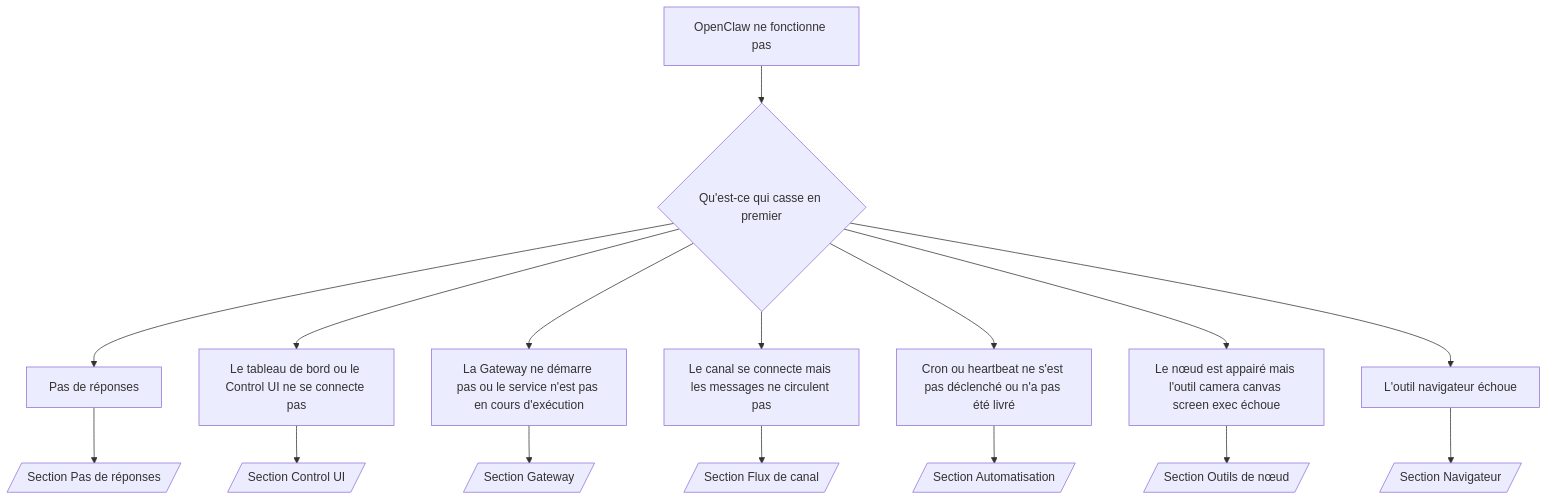
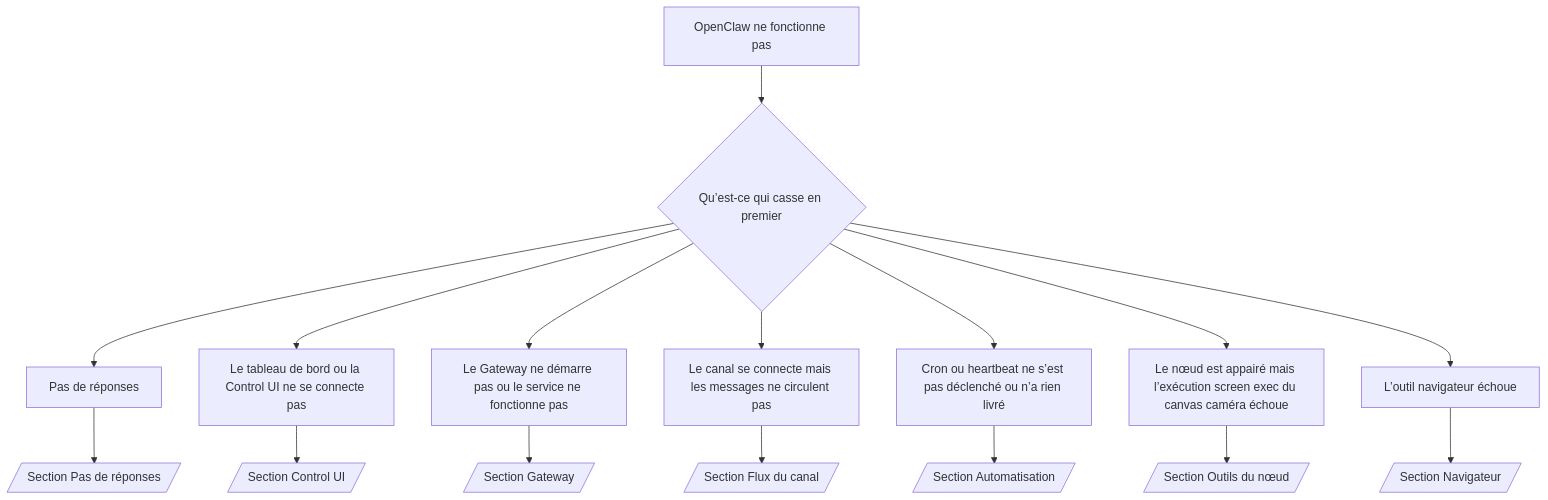
Before and after one commit to Ghadi-DMS/docs-mySpace: the diagram in docs/fr/help/troubleshooting.md, drawn with Mermaid. The commit also changed other lines of this file and 28 other files, not shown here.

````diff
--- a/docs/fr/help/troubleshooting.md
+++ b/docs/fr/help/troubleshooting.md
@@ -90,19 +90,19 @@
 ```mermaid
 flowchart TD
-  A[OpenClaw ne fonctionne pas] --> B{Qu'est-ce qui casse en premier}
+  A[OpenClaw ne fonctionne pas] --> B{Qu’est-ce qui casse en premier}
   B --> C[Pas de réponses]
-  B --> D[Le tableau de bord ou le Control UI ne se connecte pas]
-  B --> E[La Gateway ne démarre pas ou le service n'est pas en cours d'exécution]
+  B --> D[Le tableau de bord ou la Control UI ne se connecte pas]
+  B --> E[Le Gateway ne démarre pas ou le service ne fonctionne pas]
   B --> F[Le canal se connecte mais les messages ne circulent pas]
-  B --> G[Cron ou heartbeat ne s'est pas déclenché ou n'a pas été livré]
-  B --> H[Le nœud est appairé mais l'outil camera canvas screen exec échoue]
-  B --> I[L'outil navigateur échoue]
+  B --> G[Cron ou heartbeat ne s’est pas déclenché ou n’a rien livré]
+  B --> H[Le nœud est appairé mais l’exécution screen exec du canvas caméra échoue]
+  B --> I[L’outil navigateur échoue]
 
   C --> C1[/Section Pas de réponses/]
   D --> D1[/Section Control UI/]
   E --> E1[/Section Gateway/]
-  F --> F1[/Section Flux de canal/]
+  F --> F1[/Section Flux du canal/]
   G --> G1[/Section Automatisation/]
-  H --> H1[/Section Outils de nœud/]
+  H --> H1[/Section Outils du nœud/]
   I --> I1[/Section Navigateur/]
 ```
````
